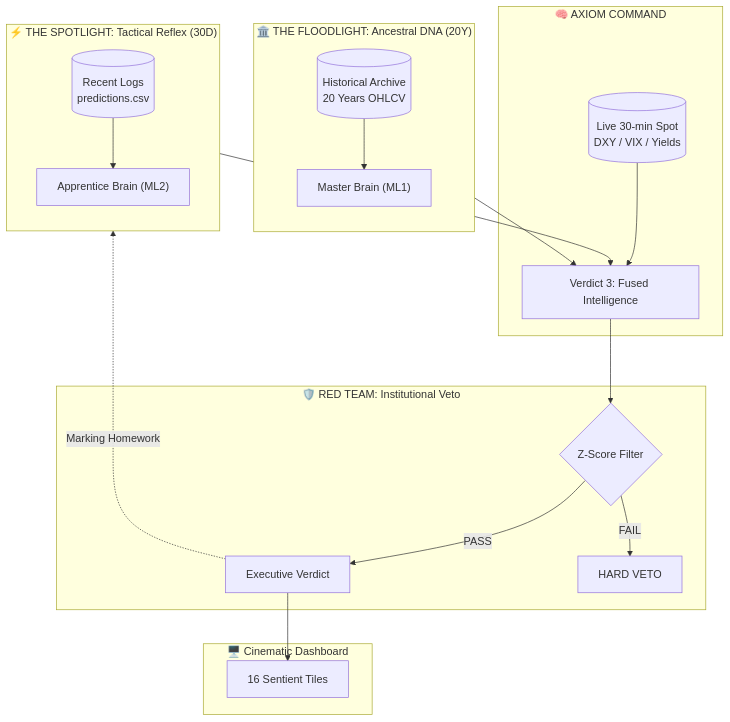
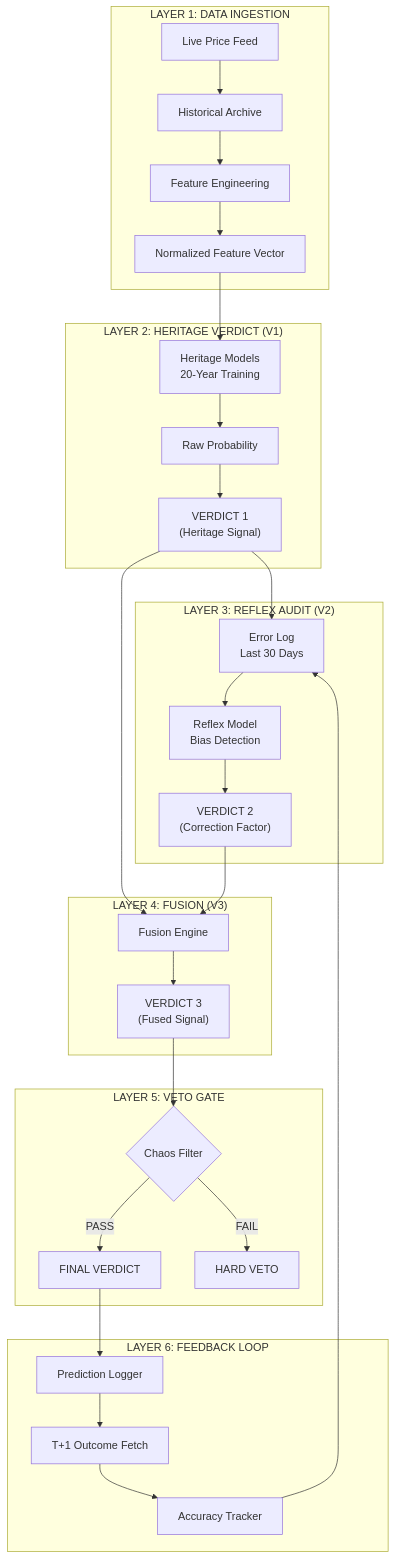
One commit to pravindev666/Tradyx-Aleph changed the diagram in README.md. Above: the diagram before and after it, drawn with Mermaid. The commit also changed other lines of this file, not shown here.

````diff
--- a/README.md
+++ b/README.md
@@ -23,29 +11,39 @@
 ```mermaid
 flowchart TB
-    subgraph HERITAGE["🏛️ THE FLOODLIGHT: Ancestral DNA (20Y)"]
-        direction TB
-        DB[("Historical Archive<br/>20 Years OHLCV")] --> ML1["Master Brain (ML1)"]
+    subgraph LAYER1["LAYER 1: DATA INGESTION"]
+        A1[Live Price Feed] --> B1[Historical Archive]
+        B1 --> C1[Feature Engineering]
+        C1 --> D1[Normalized Feature Vector]
     end
 
-    subgraph REFLEX["⚡ THE SPOTLIGHT: Tactical Reflex (30D)"]
-        direction TB
-        CSV[("Recent Logs<br/>predictions.csv")] --> ML2["Apprentice Brain (ML2)"]
+    subgraph LAYER2["LAYER 2: HERITAGE VERDICT (V1)"]
+        D1 --> E1[Heritage Models<br/>20-Year Training]
+        E1 --> F1[Raw Probability]
+        F1 --> G1["VERDICT 1<br/>(Heritage Signal)"]
     end
 
-    subgraph FUSION["🧠 AXIOM COMMAND"]
-        ML1 & ML2 --> V3["Verdict 3: Fused Intelligence"]
-        SPOT[("Live 30-min Spot<br/>DXY / VIX / Yields")] --> V3
+    subgraph LAYER3["LAYER 3: REFLEX AUDIT (V2)"]
+        G1 --> H1[Error Log<br/>Last 30 Days]
+        H1 --> I1[Reflex Model<br/>Bias Detection]
+        I1 --> J1["VERDICT 2<br/>(Correction Factor)"]
     end
 
-    subgraph GUARD["🛡️ RED TEAM: Institutional Veto"]
-        V3 --> RT{Z-Score Filter}
-        RT -->|PASS| EXEC["Executive Verdict"]
-        RT -->|FAIL| VETO["HARD VETO"]
+    subgraph LAYER4["LAYER 4: FUSION (V3)"]
+        G1 --> K1[Fusion Engine]
+        J1 --> K1
+        K1 --> L1["VERDICT 3<br/>(Fused Signal)"]
     end
 
-    subgraph UI["🖥️ Cinematic Dashboard"]
-        EXEC --> TILES["16 Sentient Tiles"]
+    subgraph LAYER5["LAYER 5: VETO GATE"]
+        L1 --> M1{Chaos Filter}
+        M1 -->|PASS| N1[FINAL VERDICT]
+        M1 -->|FAIL| O1[HARD VETO]
     end
 
-    EXEC -.->|"Marking Homework"| REFLEX
+    subgraph LAYER6["LAYER 6: FEEDBACK LOOP"]
+        N1 --> P1[Prediction Logger]
+        P1 --> Q1[T+1 Outcome Fetch]
+        Q1 --> R1[Accuracy Tracker]
+        R1 --> H1
+    end
 ```
````
